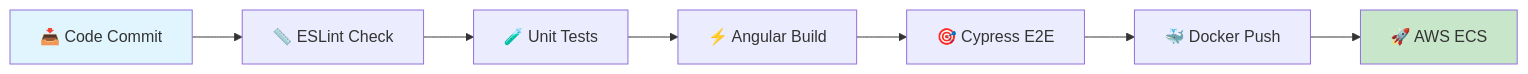
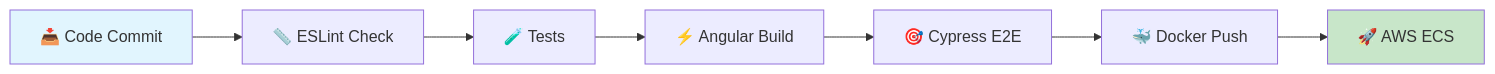
One commit to BeldiMariem/ToDo-List-App changed the third of 3 diagrams in README.md. Above: the diagram before and after it, drawn with Mermaid. The commit also changed other lines of this file and 14 other files, not shown here.

````diff
--- a/README.md
+++ b/README.md
@@ -154,12 +168,12 @@
 ```mermaid
 graph LR
     A[📥 Code Commit] --> B[📏 ESLint Check]
-    B --> C[🧪 Unit Tests]
+    B --> C[🧪 Tests]
     C --> D[⚡ Angular Build]
     D --> E[🎯 Cypress E2E]
     E --> F[🐳 Docker Push]
     F --> G[🚀 AWS ECS]
     
     style A fill:#e1f5fe
     style G fill:#c8e6c9
 ```
````
